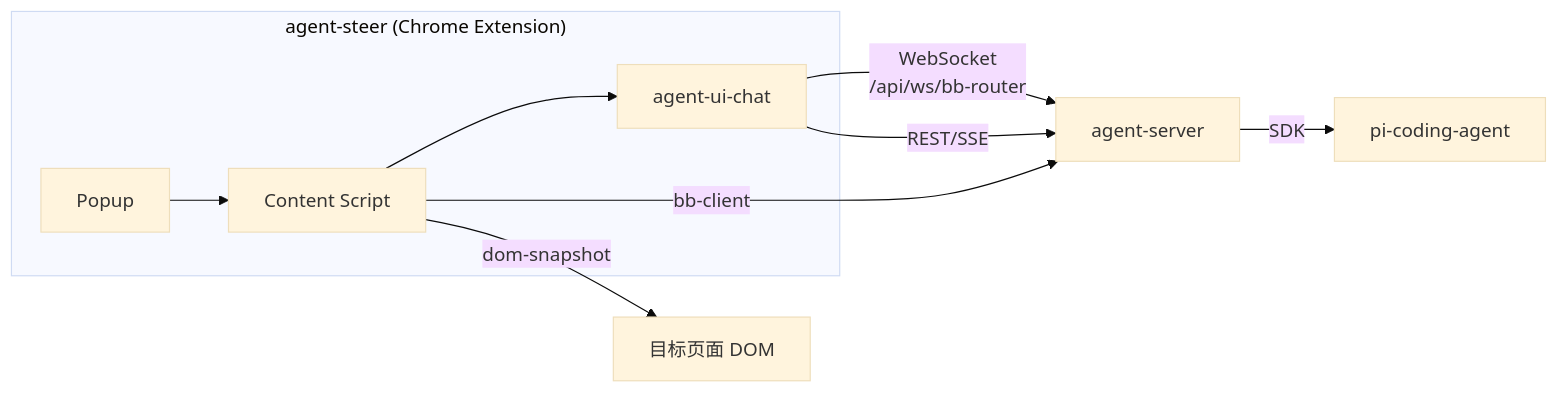
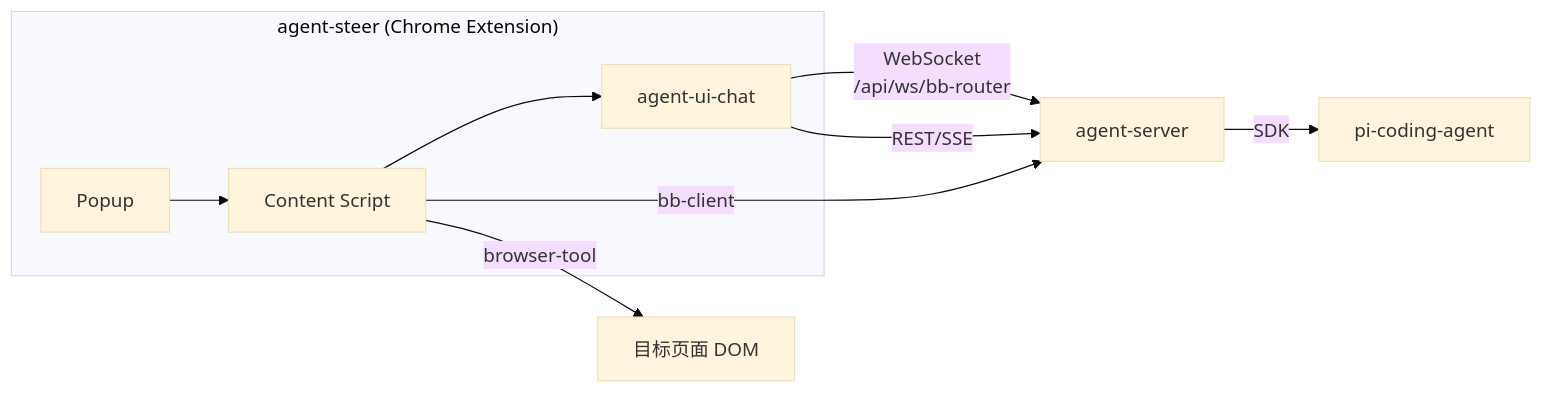
The first of 3 diagrams in neo/design/docs/technical/agent-steer/neo-agents.md (zhaoxin34/matrix), drawn with Mermaid (base theme) before and after one commit. The commit also changed other lines of this file and 7 other files, not shown here.

````diff
--- a/neo/design/docs/technical/agent-steer/neo-agents.md
+++ b/neo/design/docs/technical/agent-steer/neo-agents.md
@@ -88,14 +88,14 @@
 ```mermaid
 graph LR
     subgraph AgentSteer["agent-steer (Chrome Extension)"]
         A[Popup] --> B[Content Script]
         B --> C[agent-ui-chat]
     end
 
     C -->|WebSocket<br/>/api/ws/bb-router| D[agent-server]
     C -->|REST/SSE| D
     D -->|SDK| E[pi-coding-agent]
 
-    B -->|dom-snapshot| F[目标页面 DOM]
+    B -->|browser-tool| F[目标页面 DOM]
     B -->|bb-client| D
 ```
````
